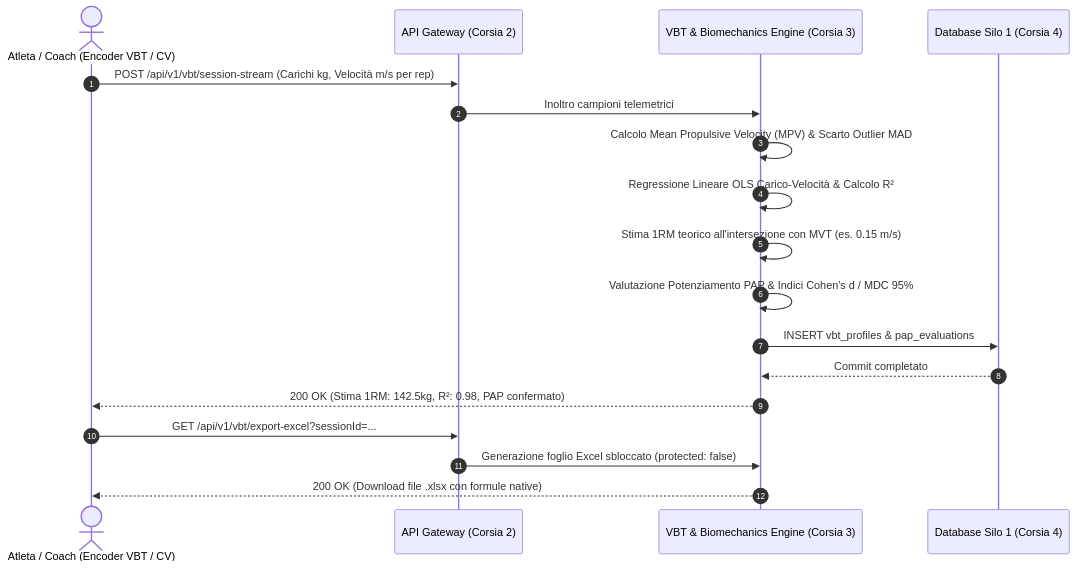
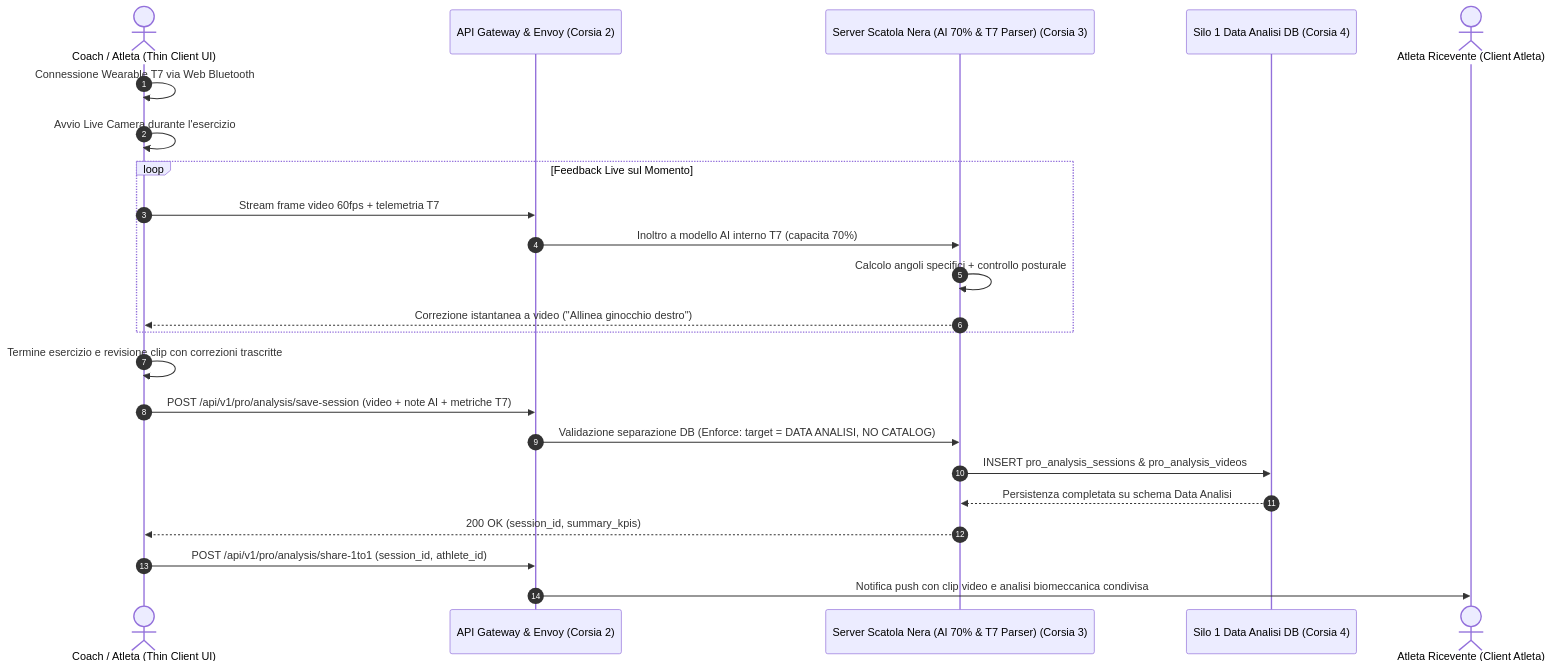
One commit to sportscience2025-star/Sports-Analytics-Platform---T7-Workout-APP changed the diagram in architecture-blueprint/00-capitolato-tecnico-e-glossario/10-software-2-flow-4b-vbt-pap-biomechanics.md. Above: the diagram before and after it, drawn with Mermaid. The commit also changed other lines of this file and 13 other files, not shown here.

Commit message:
feat: reorganize Data Analisi Miro flows (#04, #10, #16), specs, and approved rules

````diff
--- a/architecture-blueprint/00-capitolato-tecnico-e-glossario/10-software-2-flow-4b-vbt-pap-biomechanics.md
+++ b/architecture-blueprint/00-capitolato-tecnico-e-glossario/10-software-2-flow-4b-vbt-pap-biomechanics.md
@@ -52,22 +50,26 @@
 ```mermaid
 sequenceDiagram
     autonumber
-    actor Atleta as Atleta / Coach (Encoder VBT / CV)
-    participant GW as API Gateway (Corsia 2)
-    participant VBT as VBT & Biomechanics Engine (Corsia 3)
-    participant DB as Database Silo 1 (Corsia 4)
+    actor Coach as Coach / Atleta (Thin Client UI)
+    participant GW as API Gateway & Envoy (Corsia 2)
+    participant AI as Server Scatola Nera (AI 70% & T7 Parser) (Corsia 3)
+    participant DB as Silo 1 Data Analisi DB (Corsia 4)
+    actor Atleta as Atleta Ricevente (Client Atleta)
 
-    Atleta->>GW: POST /api/v1/vbt/session-stream (Carichi kg, Velocità m/s per rep)
-    GW->>VBT: Inoltro campioni telemetrici
-    VBT->>VBT: Calcolo Mean Propulsive Velocity (MPV) & Scarto Outlier MAD
-    VBT->>VBT: Regressione Lineare OLS Carico-Velocità & Calcolo R²
-    VBT->>VBT: Stima 1RM teorico all'intersezione con MVT (es. 0.15 m/s)
-    VBT->>VBT: Valutazione Potenziamento PAP & Indici Cohen's d / MDC 95%
-    VBT->>DB: INSERT vbt_profiles & pap_evaluations
-    DB-->>VBT: Commit completato
-    VBT-->>Atleta: 200 OK (Stima 1RM: 142.5kg, R²: 0.98, PAP confermato)
-
-    Atleta->>GW: GET /api/v1/vbt/export-excel?sessionId=...
-    GW->>VBT: Generazione foglio Excel sbloccato (protected: false)
-    VBT-->>Atleta: 200 OK (Download file .xlsx con formule native)
+    Coach->>Coach: Connessione Wearable T7 via Web Bluetooth
+    Coach->>Coach: Avvio Live Camera durante l'esercizio
+    loop Feedback Live sul Momento
+        Coach->>GW: Stream frame video 60fps + telemetria T7
+        GW->>AI: Inoltro a modello AI interno T7 (capacita 70%)
+        AI->>AI: Calcolo angoli specifici + controllo posturale
+        AI-->>Coach: Correzione istantanea a video ("Allinea ginocchio destro")
+    end
+    Coach->>Coach: Termine esercizio e revisione clip con correzioni trascritte
+    Coach->>GW: POST /api/v1/pro/analysis/save-session (video + note AI + metriche T7)
+    GW->>AI: Validazione separazione DB (Enforce: target = DATA ANALISI, NO CATALOG)
+    AI->>DB: INSERT pro_analysis_sessions & pro_analysis_videos
+    DB-->>AI: Persistenza completata su schema Data Analisi
+    AI-->>Coach: 200 OK (session_id, summary_kpis)
+    Coach->>GW: POST /api/v1/pro/analysis/share-1to1 (session_id, athlete_id)
+    GW->>Atleta: Notifica push con clip video e analisi biomeccanica condivisa
 ```
````
